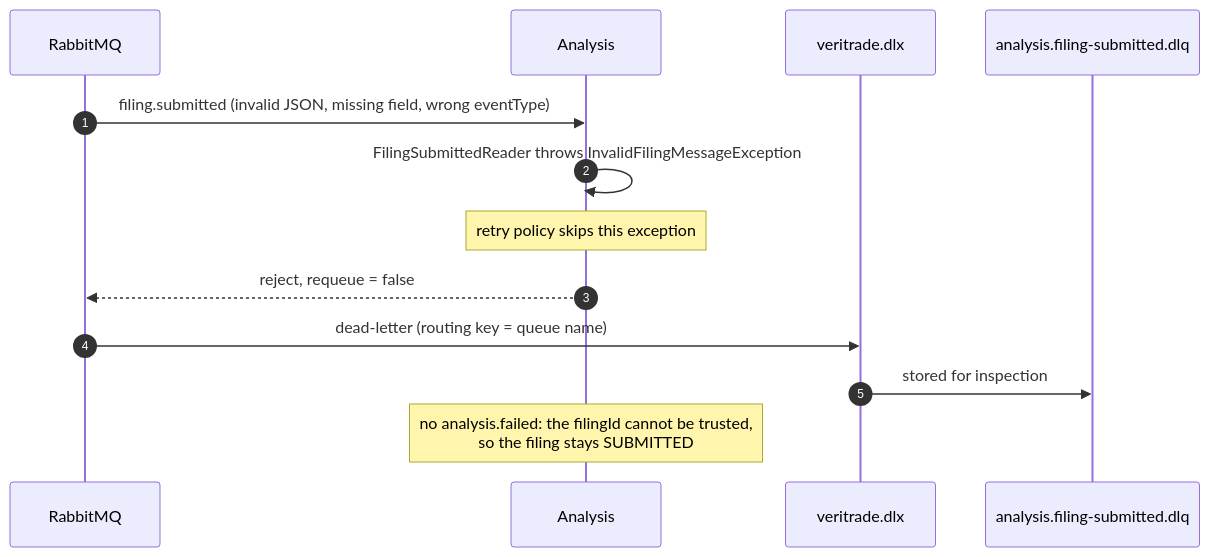
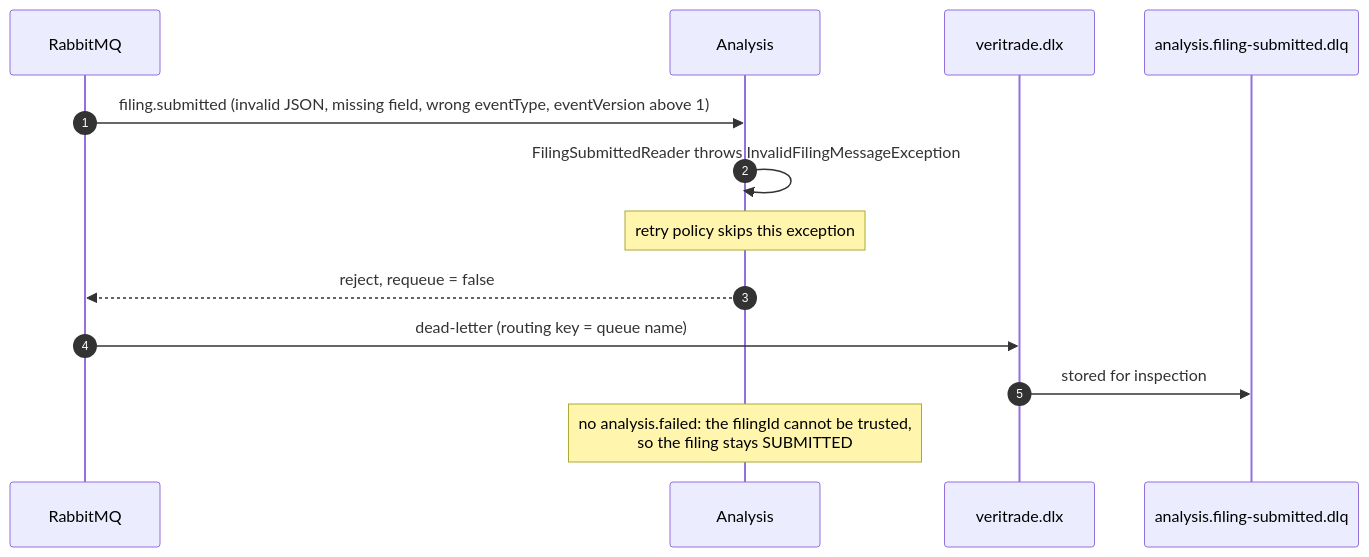
The fourth of 8 diagrams in docs/architecture.md (vladimirVuchkov/veritrade-risk-analysis), drawn with Mermaid before and after one commit. The commit also changed other lines of this file and 108 other files, not shown here.

````diff
--- a/docs/architecture.md
+++ b/docs/architecture.md
@@ -169,16 +176,16 @@
 ```mermaid
 sequenceDiagram
     autonumber
     participant MQ as RabbitMQ
     participant A as Analysis
     participant DLX as veritrade.dlx
     participant DLQ as analysis.filing-submitted.dlq
 
-    MQ->>A: filing.submitted (invalid JSON, missing field, wrong eventType)
+    MQ->>A: filing.submitted (invalid JSON, missing field, wrong eventType, eventVersion above 1)
     A->>A: FilingSubmittedReader throws InvalidFilingMessageException
     Note over A: retry policy skips this exception
     A-->>MQ: reject, requeue = false
     MQ->>DLX: dead-letter (routing key = queue name)
     DLX->>DLQ: stored for inspection
     Note over A: no analysis.failed: the filingId cannot be trusted,<br/>so the filing stays SUBMITTED
 ```
````
